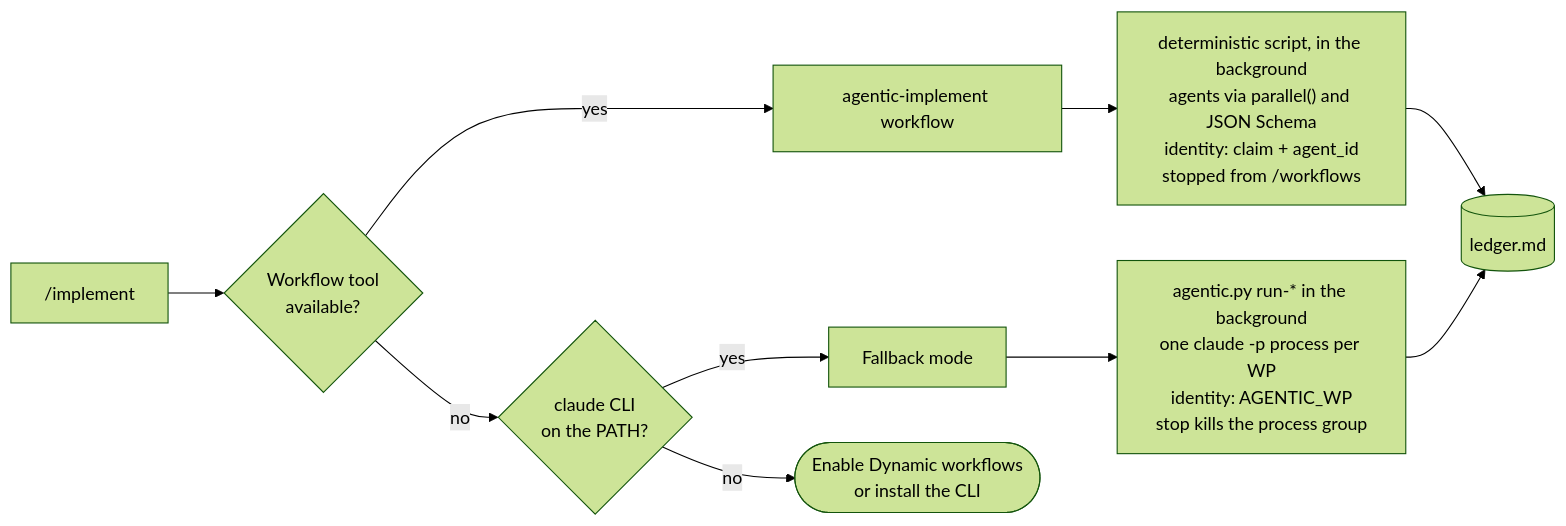
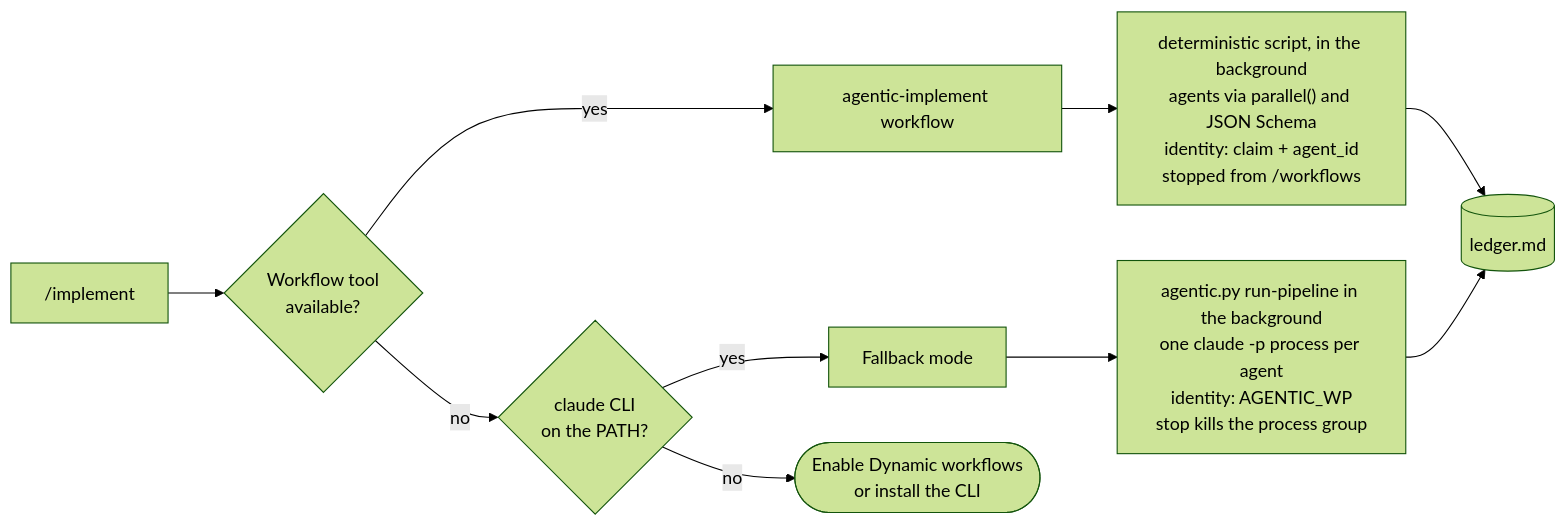
Before and after one commit to jagosar/agentic-flow: the fifth of 5 diagrams in docs/how-it-works.md, drawn with Mermaid (forest theme). The commit also changed other lines of this file and 17 other files, not shown here.

````diff
--- a/docs/how-it-works.md
+++ b/docs/how-it-works.md
@@ -230,12 +240,12 @@
 ```mermaid
 flowchart LR
     O["/implement"] --> Q{"Workflow tool<br/>available?"}
     Q -->|yes| W["agentic-implement workflow"]
     Q -->|no| C{"claude CLI<br/>on the PATH?"}
     C -->|yes| A["Fallback mode"]
     C -->|no| X(["Enable Dynamic workflows<br/>or install the CLI"])
     W --> W1["deterministic script, in the background<br/>agents via parallel() and JSON Schema<br/>identity: claim + agent_id<br/>stopped from /workflows"]
-    A --> A1["agentic.py run-* in the background<br/>one claude -p process per WP<br/>identity: AGENTIC_WP<br/>stop kills the process group"]
+    A --> A1["agentic.py run-pipeline in the background<br/>one claude -p process per agent<br/>identity: AGENTIC_WP<br/>stop kills the process group"]
     W1 --> L[("ledger.md")]
     A1 --> L
 ```
````
